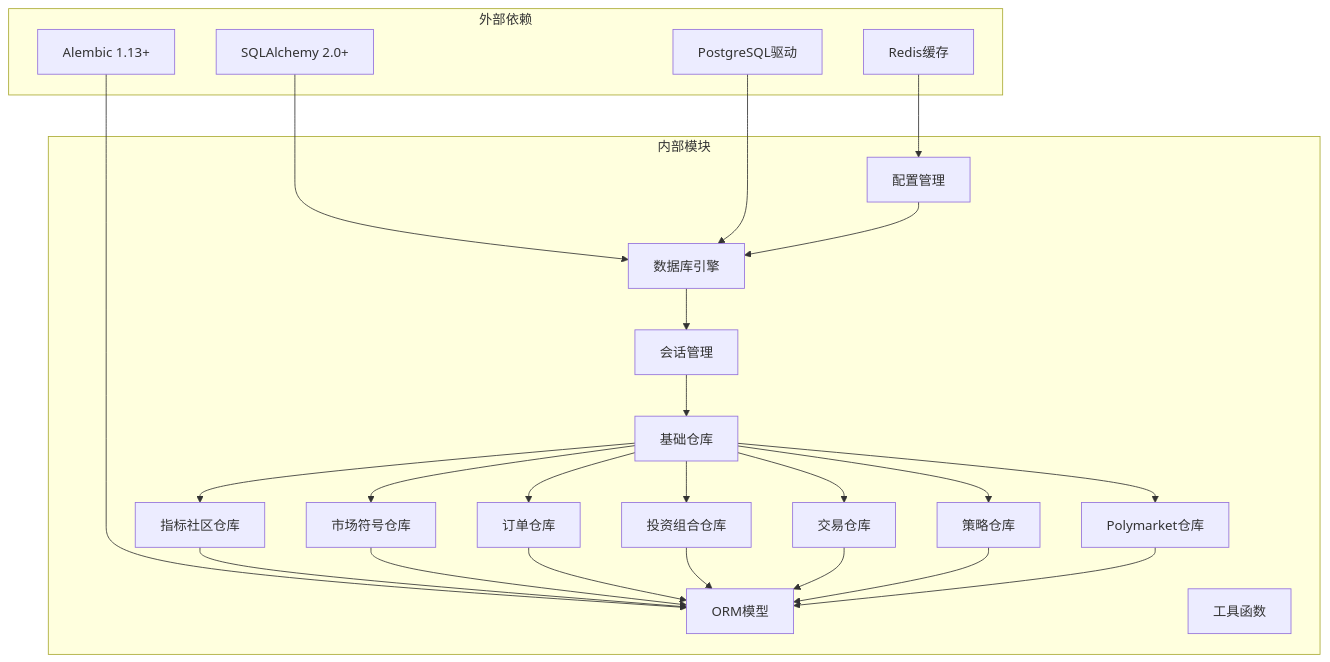
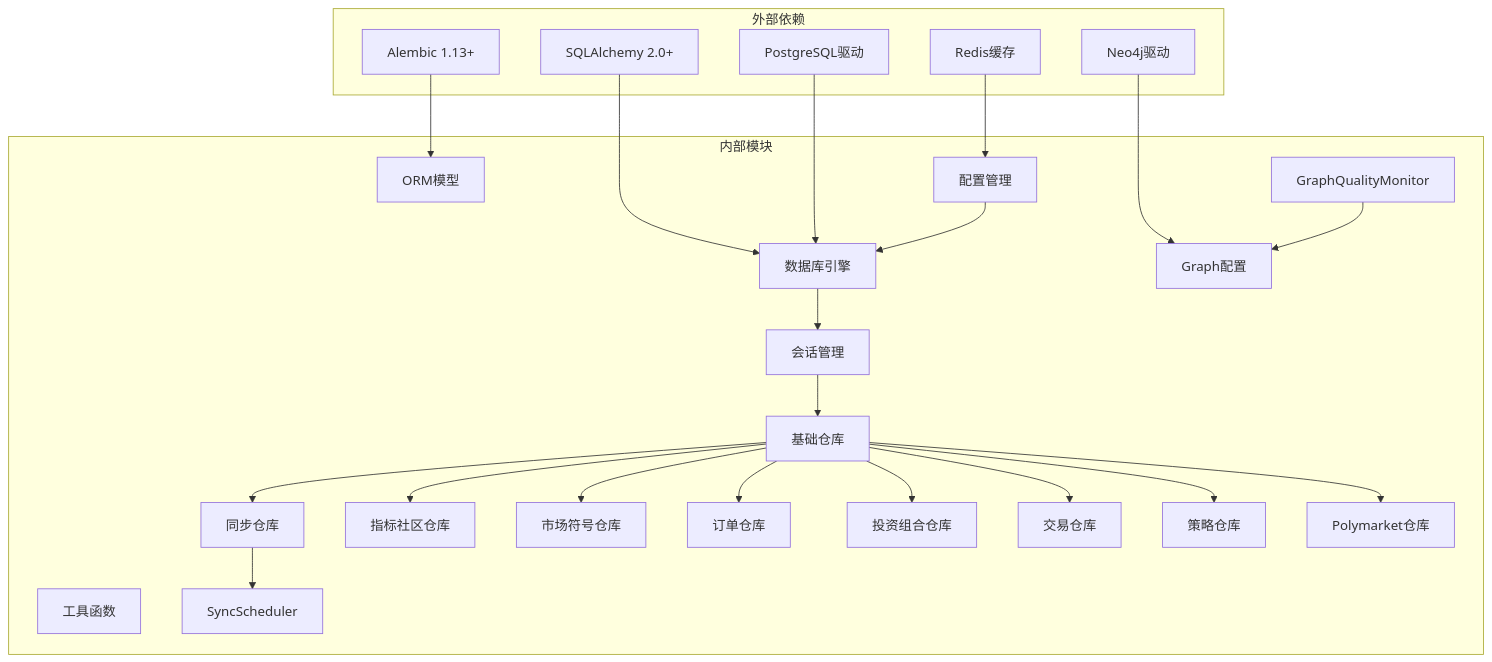
Diagram 18 of 18 in .qoder/repowiki/zh/content/核心功能模块/数据库现代化与ORM架构.md (joezxh/QuantDinger), drawn with Mermaid before and after one commit. The commit also changed other lines of this file and 71 other files, not shown here.

````diff
--- a/.qoder/repowiki/zh/content/核心功能模块/数据库现代化与ORM架构.md
+++ b/.qoder/repowiki/zh/content/核心功能模块/数据库现代化与ORM架构.md
@@ -834,45 +1247,47 @@
 ```mermaid
 graph TB
 subgraph "外部依赖"
 SQLAlchemy[SQLAlchemy 2.0+]
 Alembic[Alembic 1.13+]
 PostgreSQL[PostgreSQL驱动]
 Redis[Redis缓存]
+Neo4j[Neo4j驱动]
 end
 subgraph "内部模块"
 Engine[数据库引擎]
 Session[会话管理]
 BaseRepo[基础仓库]
+SyncRepo[同步仓库]
 IndicatorRepo[指标社区仓库]
 MarketRepo[市场符号仓库]
 OrderRepo[订单仓库]
 PortfolioRepo[投资组合仓库]
 TradeRepo[交易仓库]
 StrategyRepo[策略仓库]
 PolymarketRepo[Polymarket仓库]
 Models[ORM模型]
 Utils[工具函数]
 Config[配置管理]
+GraphConfig[Graph配置]
+Scheduler[SyncScheduler]
+QualityMonitor[GraphQualityMonitor]
 end
 SQLAlchemy --> Engine
 Alembic --> Models
 PostgreSQL --> Engine
 Redis --> Config
+Neo4j --> GraphConfig
 Engine --> Session
 Session --> BaseRepo
+BaseRepo --> SyncRepo
 BaseRepo --> IndicatorRepo
 BaseRepo --> MarketRepo
 BaseRepo --> OrderRepo
 BaseRepo --> PortfolioRepo
 BaseRepo --> TradeRepo
 BaseRepo --> StrategyRepo
 BaseRepo --> PolymarketRepo
-IndicatorRepo --> Models
-MarketRepo --> Models
-OrderRepo --> Models
-PortfolioRepo --> Models
-TradeRepo --> Models
-StrategyRepo --> Models
-PolymarketRepo --> Models
+SyncRepo --> Scheduler
+QualityMonitor --> GraphConfig
 Config --> Engine
 ```
````
